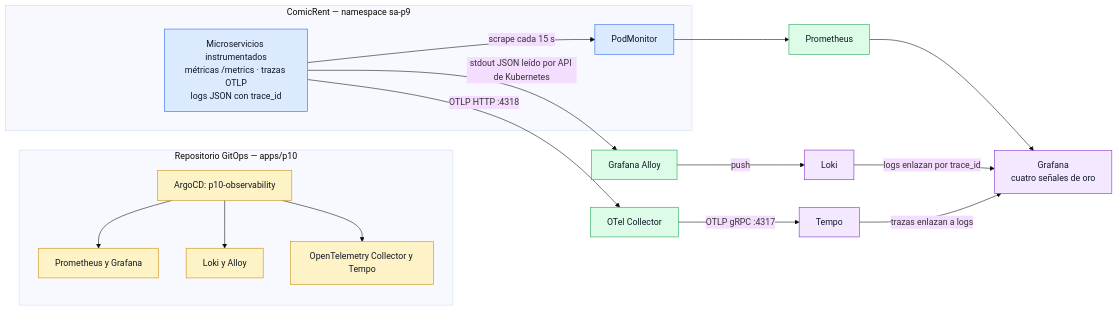
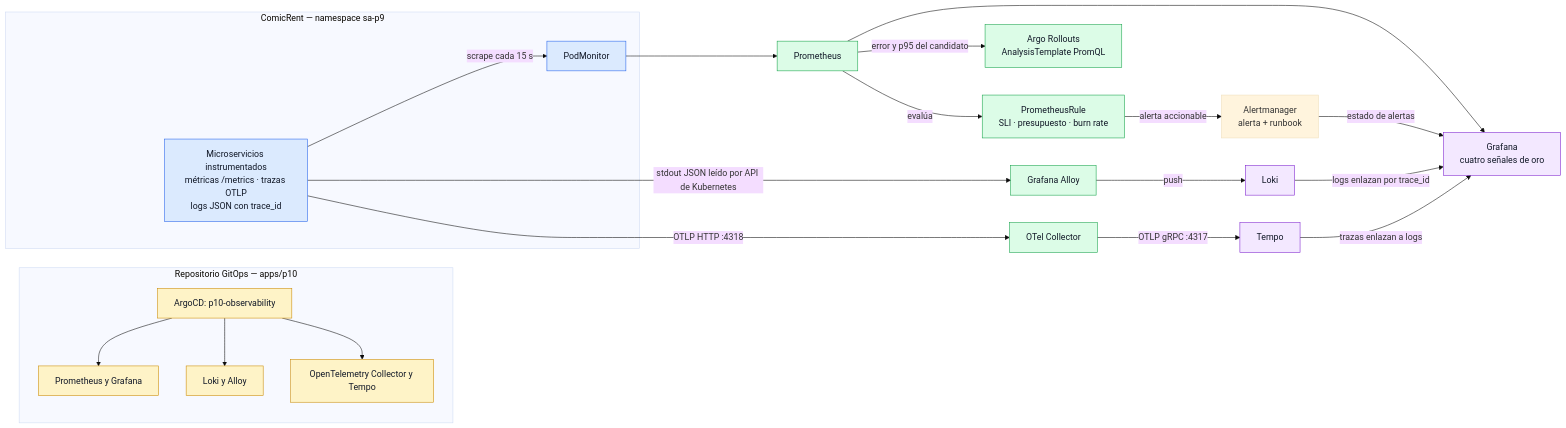
The diagram in P10/diagrams/telemetry-flow.mmd (DavidVelasquez77/Practicas-SA-B-202307705), drawn with Mermaid (base theme) before and after one commit. The commit also changed 5 other files, not shown here.

```diff
--- a/P10/diagrams/telemetry-flow.mmd
+++ b/P10/diagrams/telemetry-flow.mmd
@@ -1,37 +1,43 @@
 flowchart LR
   subgraph GitOps[Repositorio GitOps — apps/p10]
     RootApp[ArgoCD: p10-observability]
     PromApp[Prometheus y Grafana]
     LogsApp[Loki y Alloy]
     TraceApp[OpenTelemetry Collector y Tempo]
     RootApp --> PromApp
     RootApp --> LogsApp
     RootApp --> TraceApp
   end
 
   subgraph Workloads[ComicRent — namespace sa-p9]
     Services[Microservicios instrumentados<br/>métricas /metrics · trazas OTLP<br/>logs JSON con trace_id]
     Monitor[PodMonitor]
   end
 
   Prometheus[Prometheus]
   Grafana[Grafana<br/>cuatro señales de oro]
+  Rules[PrometheusRule<br/>SLI · presupuesto · burn rate]
+  Alertmanager[Alertmanager<br/>alerta + runbook]
+  Canary[Argo Rollouts<br/>AnalysisTemplate PromQL]
   Alloy[Grafana Alloy]
   Loki[Loki]
   Collector[OTel Collector]
   Tempo[Tempo]
   Services -->|scrape cada 15 s| Monitor --> Prometheus
+  Prometheus -->|evalúa| Rules -->|alerta accionable| Alertmanager
+  Prometheus -->|error y p95 del candidato| Canary
   Services -->|OTLP HTTP :4318| Collector -->|OTLP gRPC :4317| Tempo
   Services -->|stdout JSON leído por API de Kubernetes| Alloy -->|push| Loki
   Prometheus --> Grafana
+  Alertmanager -->|estado de alertas| Grafana
   Loki -->|logs enlazan por trace_id| Grafana
   Tempo -->|trazas enlazan a logs| Grafana
 
   classDef app fill:#dbeafe,stroke:#2563eb,color:#111827;
   classDef telemetry fill:#dcfce7,stroke:#16a34a,color:#111827;
   classDef store fill:#f3e8ff,stroke:#7e22ce,color:#111827;
   classDef gitops fill:#fef3c7,stroke:#ca8a04,color:#111827;
   class Services,Monitor app;
-  class Collector,Alloy,Prometheus telemetry;
+  class Collector,Alloy,Prometheus,Rules,Canary telemetry;
   class Tempo,Loki,Grafana store;
   class RootApp,PromApp,LogsApp,TraceApp gitops;
```
